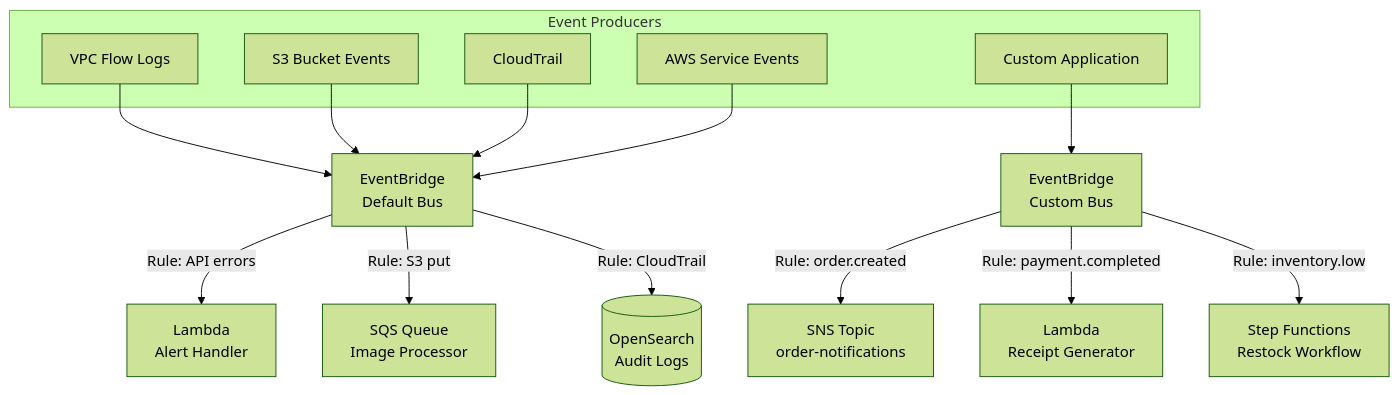
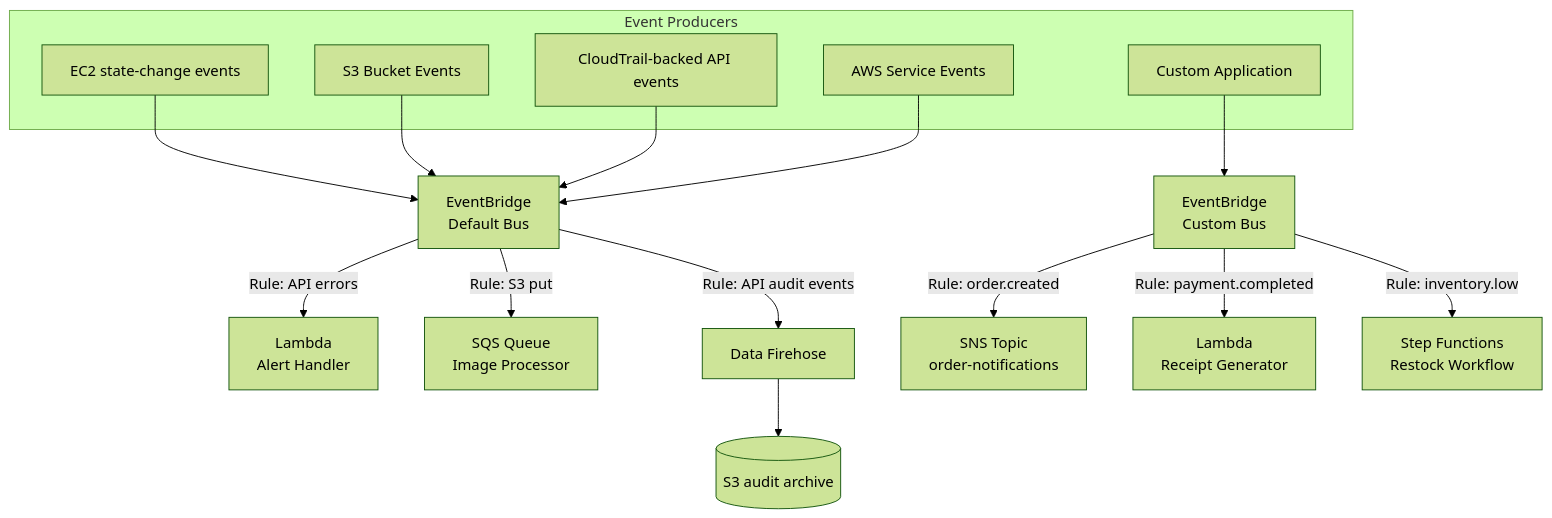
One commit to AlexanderBesss/AWS_best_praactices changed the sixth of 7 diagrams in Design/01-event-driven-patterns.md. Above: the diagram before and after it, drawn with Mermaid (forest theme). The commit also changed other lines of this file and 31 other files, not shown here.

````diff
--- a/Design/01-event-driven-patterns.md
+++ b/Design/01-event-driven-patterns.md
@@ -314,24 +304,25 @@
 ```mermaid
 graph TB
     subgraph "Event Producers"
-        A1[VPC Flow Logs] 
+        A1[EC2 state-change events]
         A2[S3 Bucket Events]
-        A3[CloudTrail]
+        A3[CloudTrail-backed API events]
         A4[Custom Application]
         A5[AWS Service Events]
     end
     
     A1 --> B[EventBridge<br/>Default Bus]
     A2 --> B
     A3 --> B
     A4 --> C[EventBridge<br/>Custom Bus]
     A5 --> B
     
     B -->|Rule: API errors| D[Lambda<br/>Alert Handler]
     B -->|Rule: S3 put| E[SQS Queue<br/>Image Processor]
-    B -->|Rule: CloudTrail| F[(OpenSearch<br/>Audit Logs)]
+    B -->|Rule: API audit events| F[Data Firehose]
+    F --> J[(S3 audit archive)]
     
     C -->|Rule: order.created| G[SNS Topic<br/>order-notifications]
     C -->|Rule: payment.completed| H[Lambda<br/>Receipt Generator]
     C -->|Rule: inventory.low| I[Step Functions<br/>Restock Workflow]
 ```
````
